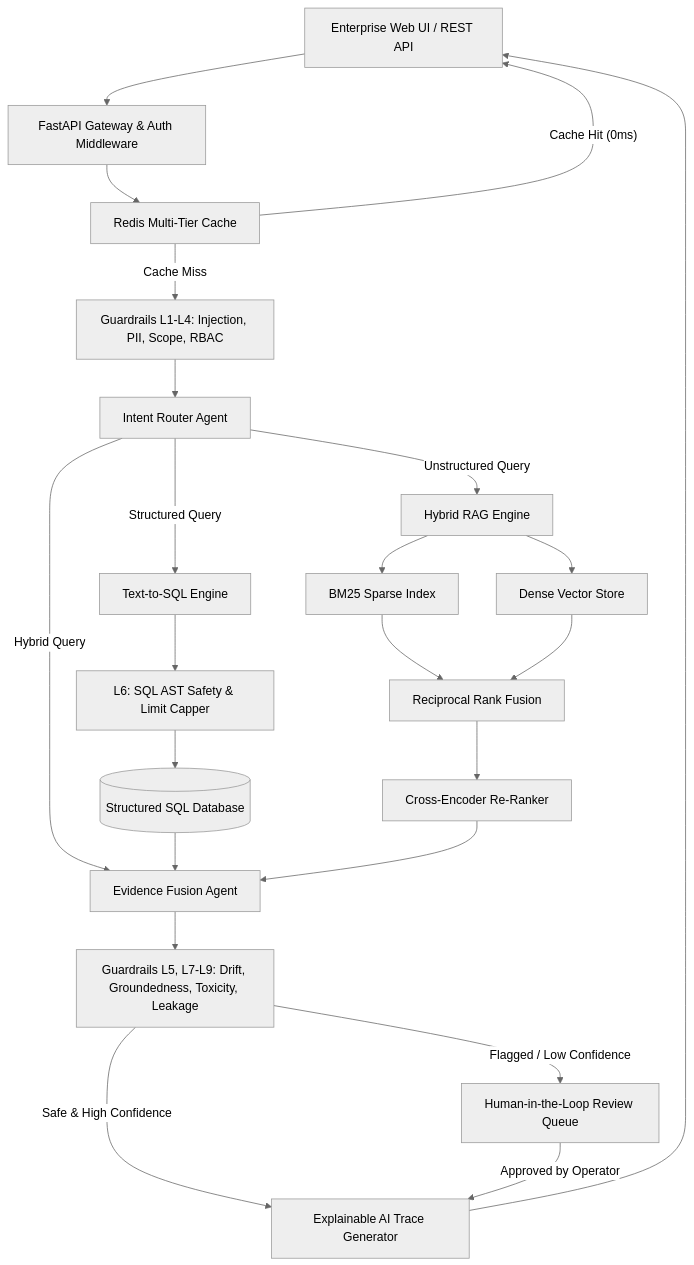
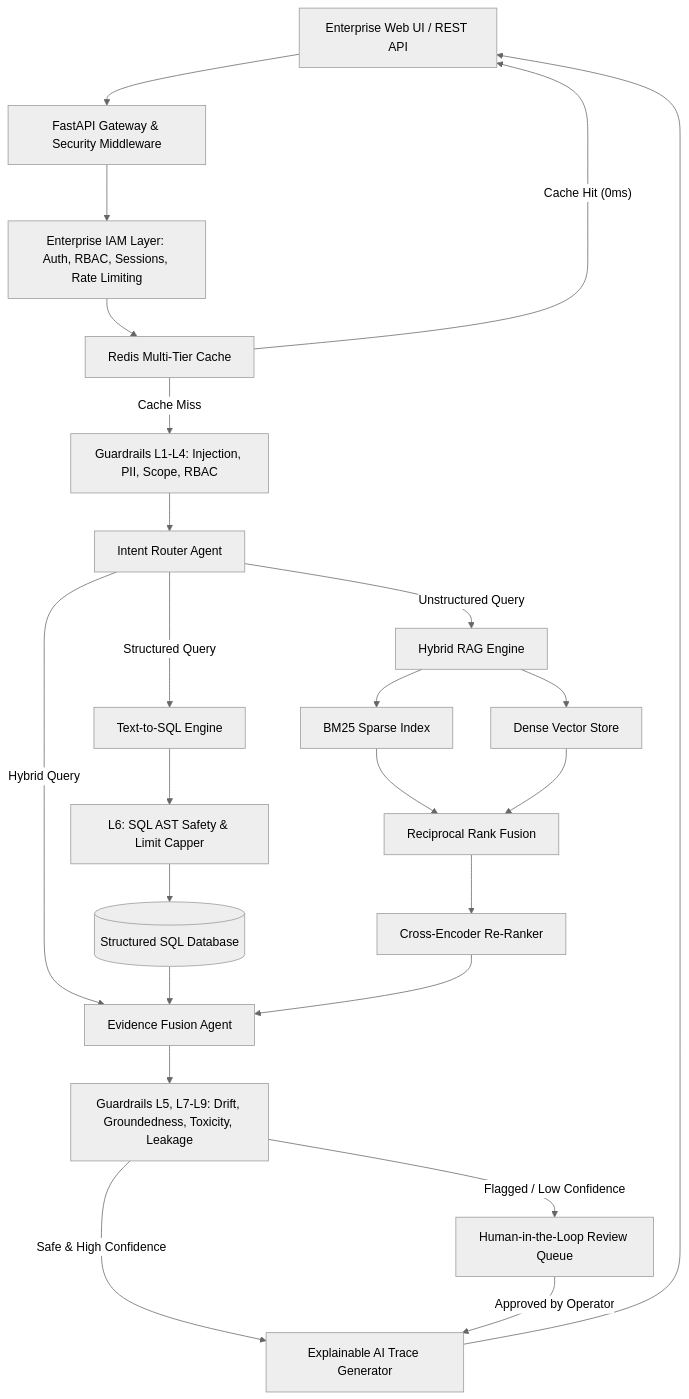
Before and after one commit to sreeram0343/ragtune: the diagram in README.md, drawn with Mermaid (neutral theme). The commit also changed other lines of this file, not shown here.

Commit message:
docs: update README documentation with IAM architecture, token rotation, multi-tenancy, and API endpoints

````diff
--- a/README.md
+++ b/README.md
@@ -33,33 +36,34 @@
 ```mermaid
 graph TD
-    Client[Enterprise Web UI / REST API] --> Gateway[FastAPI Gateway & Auth Middleware]
-    Gateway --> Cache[Redis Multi-Tier Cache]
+    Client[Enterprise Web UI / REST API] --> Gateway[FastAPI Gateway & Security Middleware]
+    Gateway --> IAM[Enterprise IAM Layer: Auth, RBAC, Sessions, Rate Limiting]
+    IAM --> Cache[Redis Multi-Tier Cache]
     Cache -- Cache Hit (0ms) --> Client
     Cache -- Cache Miss --> G_Pre[Guardrails L1-L4: Injection, PII, Scope, RBAC]
     
     G_Pre --> Router[Intent Router Agent]
     
     Router -->|Structured Query| SQLAgent[Text-to-SQL Engine]
     Router -->|Unstructured Query| RAGAgent[Hybrid RAG Engine]
     Router -->|Hybrid Query| FusionAgent[Evidence Fusion Agent]
     
     SQLAgent --> SQLGuard[L6: SQL AST Safety & Limit Capper]
     SQLGuard --> DB[(Structured SQL Database)]
     
     RAGAgent --> BM25[BM25 Sparse Index]
     RAGAgent --> Dense[Dense Vector Store]
     BM25 --> RRF[Reciprocal Rank Fusion]
     Dense --> RRF
     RRF --> ReRanker[Cross-Encoder Re-Ranker]
     
     DB --> FusionAgent
     ReRanker --> FusionAgent
     
     FusionAgent --> G_Post[Guardrails L5, L7-L9: Drift, Groundedness, Toxicity, Leakage]
     
     G_Post -- Safe & High Confidence --> XAI[Explainable AI Trace Generator]
     G_Post -- Flagged / Low Confidence --> HITL[Human-in-the-Loop Review Queue]
     
     HITL -- Approved by Operator --> XAI
     XAI --> Client
 ```
````
